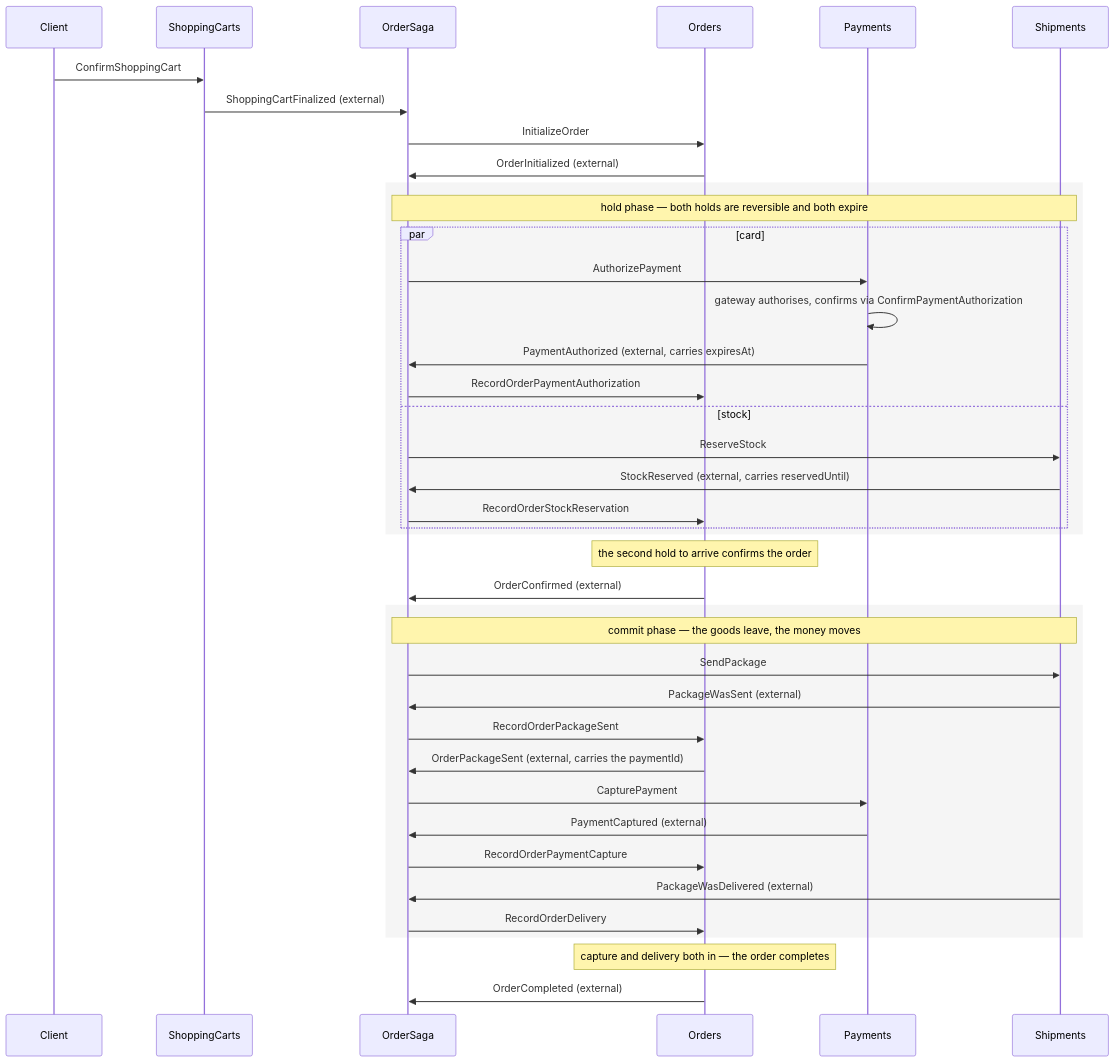
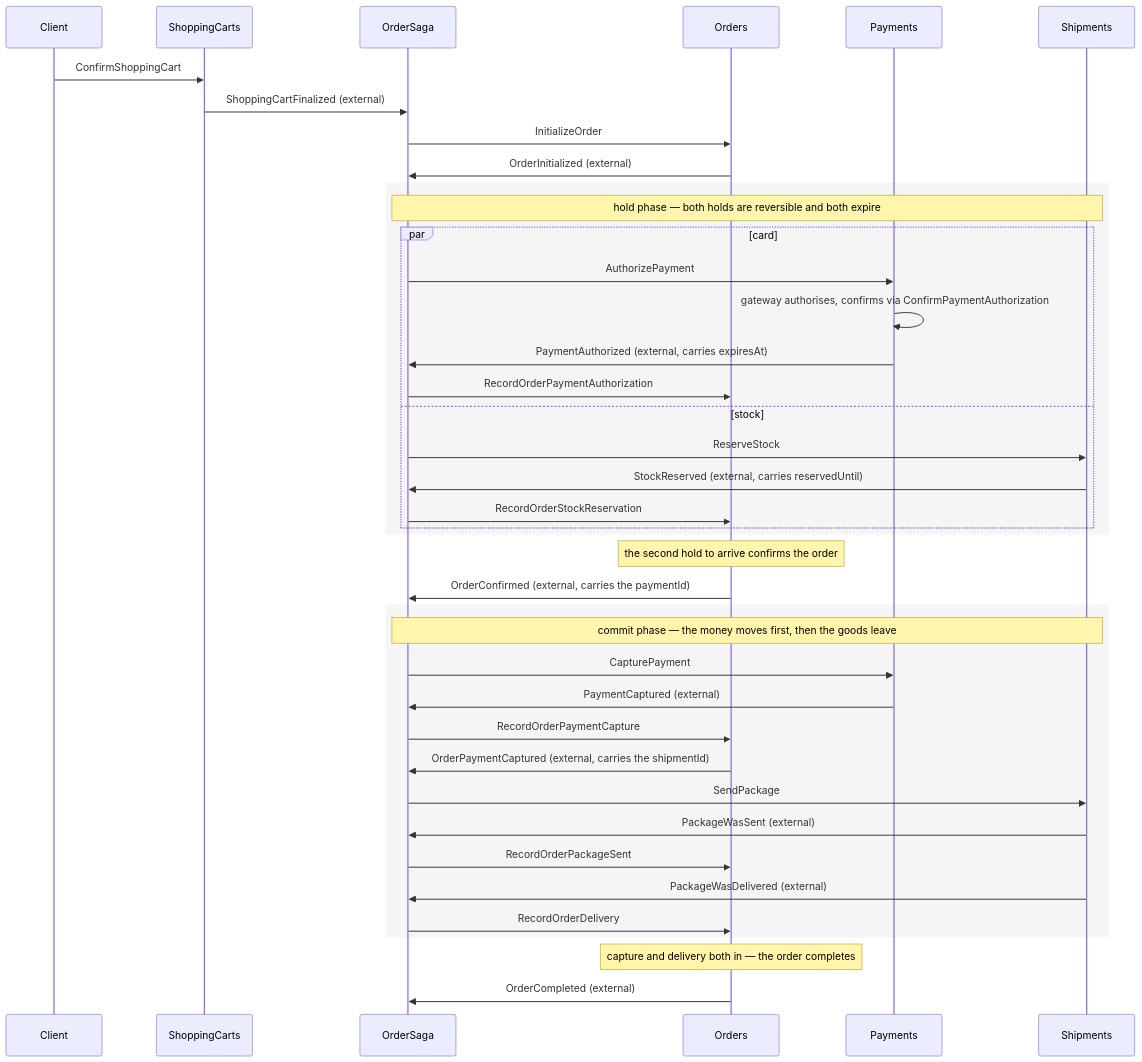
The first of 2 diagrams in spec.md (oskardudycz/EventSourcing.JVM), drawn with Mermaid before and after one commit. The commit also changed other lines of this file and 14 other files, not shown here.

Commit message:
SOme more refactoring on the shipment and payment coordination

````diff
--- a/spec.md
+++ b/spec.md
@@ -68,47 +68,47 @@
 ```mermaid
 sequenceDiagram
     participant Client
     participant Cart as ShoppingCarts
     participant Saga as OrderSaga
     participant Order as Orders
     participant Pay as Payments
     participant Ship as Shipments
 
     Client->>Cart: ConfirmShoppingCart
     Cart->>Saga: ShoppingCartFinalized (external)
     Saga->>Order: InitializeOrder
     Order->>Saga: OrderInitialized (external)
 
     rect rgb(245, 245, 245)
     Note over Saga, Ship: hold phase — both holds are reversible and both expire
     par card
         Saga->>Pay: AuthorizePayment
         Pay->>Pay: gateway authorises, confirms via ConfirmPaymentAuthorization
         Pay->>Saga: PaymentAuthorized (external, carries expiresAt)
         Saga->>Order: RecordOrderPaymentAuthorization
     and stock
         Saga->>Ship: ReserveStock
         Ship->>Saga: StockReserved (external, carries reservedUntil)
         Saga->>Order: RecordOrderStockReservation
     end
     end
 
     Note over Order: the second hold to arrive confirms the order
-    Order->>Saga: OrderConfirmed (external)
+    Order->>Saga: OrderConfirmed (external, carries the paymentId)
 
     rect rgb(245, 245, 245)
-    Note over Saga, Ship: commit phase — the goods leave, the money moves
+    Note over Saga, Ship: commit phase — the money moves first, then the goods leave
+    Saga->>Pay: CapturePayment
+    Pay->>Saga: PaymentCaptured (external)
+    Saga->>Order: RecordOrderPaymentCapture
+    Order->>Saga: OrderPaymentCaptured (external, carries the shipmentId)
     Saga->>Ship: SendPackage
     Ship->>Saga: PackageWasSent (external)
     Saga->>Order: RecordOrderPackageSent
-    Order->>Saga: OrderPackageSent (external, carries the paymentId)
-    Saga->>Pay: CapturePayment
-    Pay->>Saga: PaymentCaptured (external)
-    Saga->>Order: RecordOrderPaymentCapture
     Ship->>Saga: PackageWasDelivered (external)
     Saga->>Order: RecordOrderDelivery
     end
 
     Note over Order: capture and delivery both in — the order completes
     Order->>Saga: OrderCompleted (external)
 ```
````
